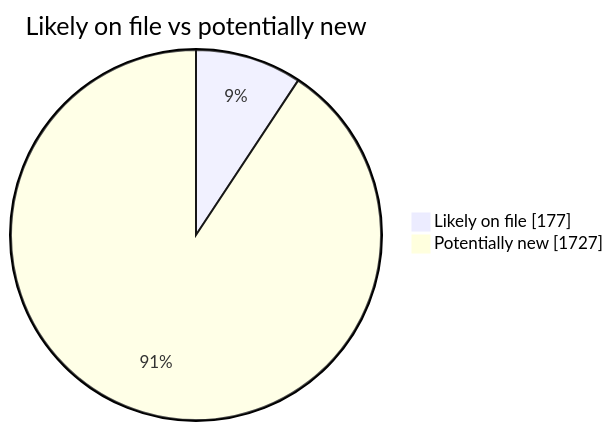
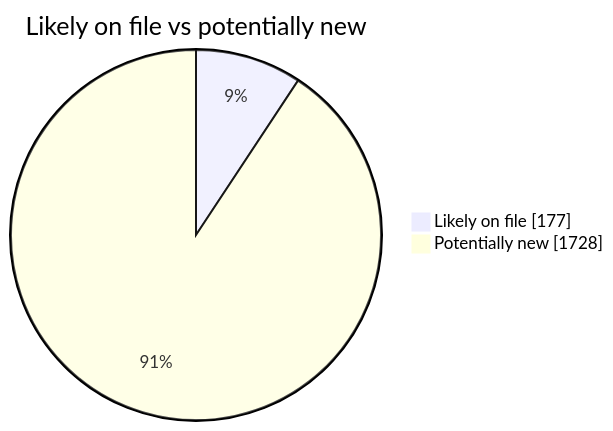
One commit to martinbalfanz/social-scanner-reports changed the second of 4 diagrams in README.md. Above: the diagram before and after it, drawn with Mermaid. The commit also changed other lines of this file and 4 other files, not shown here.

````diff
--- a/README.md
+++ b/README.md
@@ -40,5 +40,5 @@
 ```mermaid
 pie showData title Likely on file vs potentially new
     "Likely on file" : 177
-    "Potentially new" : 1727
+    "Potentially new" : 1728
 ```
````
